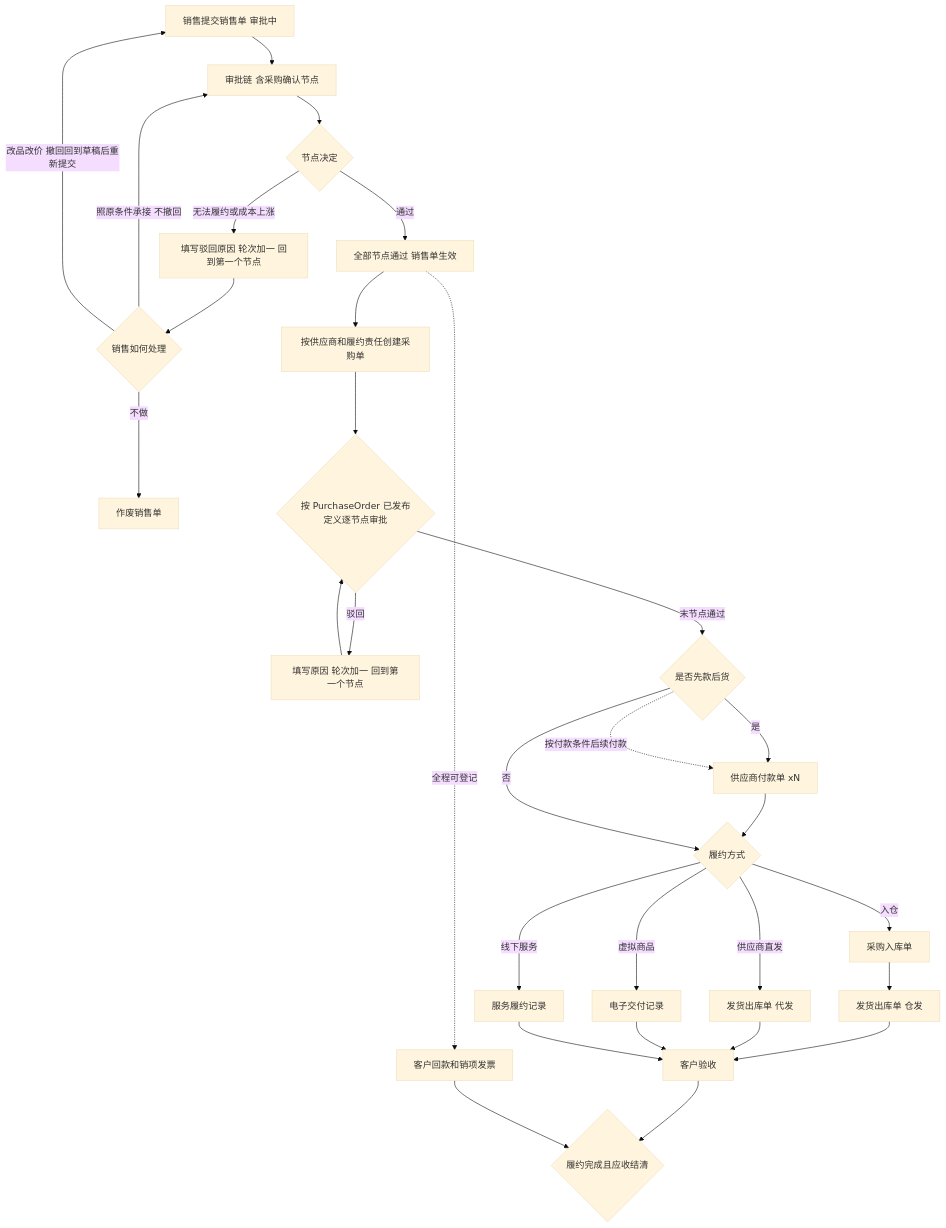
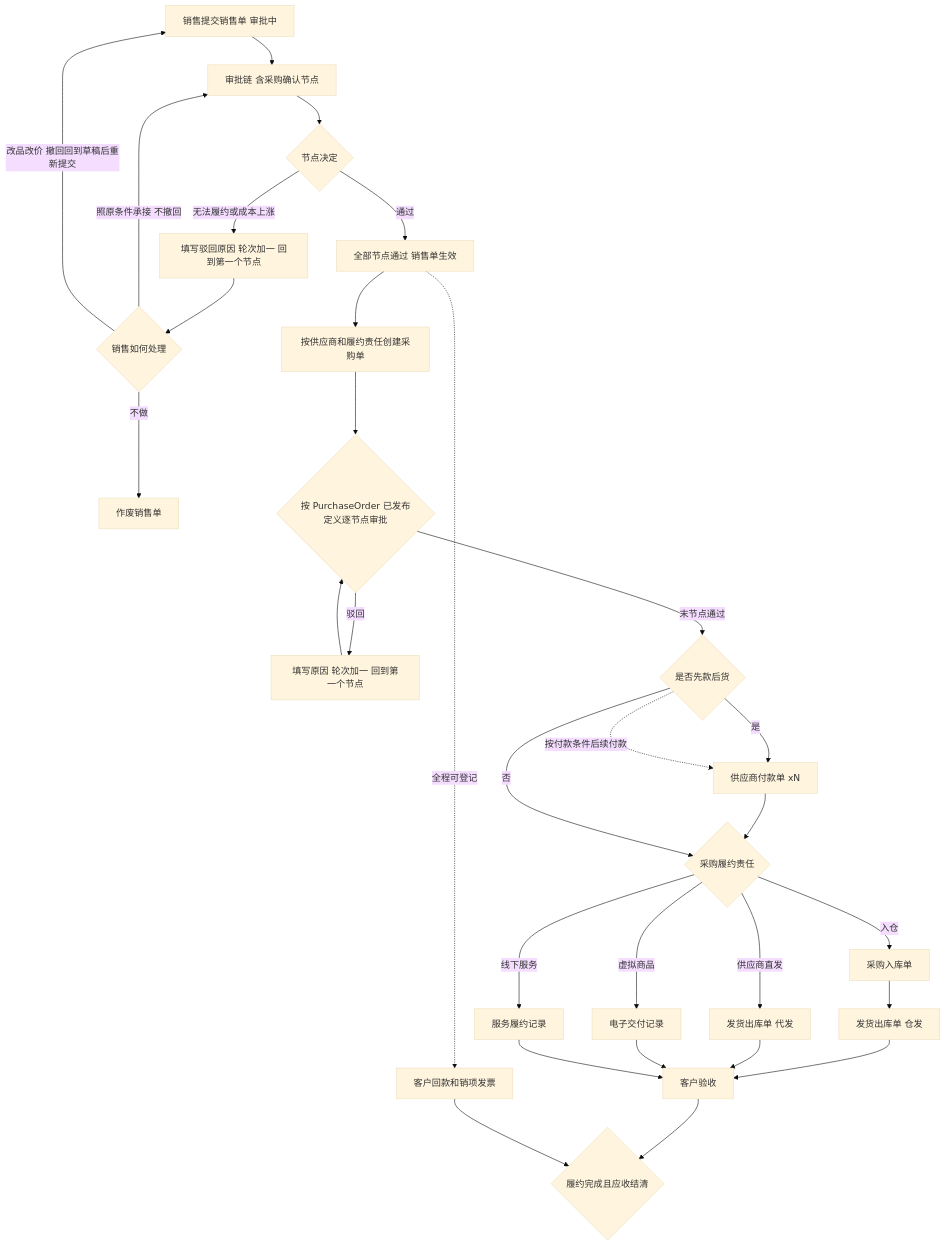
The seventh of 11 diagrams in docs/erp-phase-1.md (mztlive/erp), drawn with Mermaid (base theme) before and after one commit. The commit also changed other lines of this file and 53 other files, not shown here.

````diff
--- a/docs/erp-phase-1.md
+++ b/docs/erp-phase-1.md
@@ -622,54 +622,54 @@
 ```mermaid
 flowchart TD
   销售单[销售提交销售单 审批中]
   二次确认[审批链 含采购确认节点]
   确认结果{节点决定}
   驳回[填写驳回原因 轮次加一 回到第一个节点]
   处理{销售如何处理}
   作废[作废销售单]
   生效[全部节点通过 销售单生效]
   采购单[按供应商和履约责任创建采购单]
   采购审批{按 PurchaseOrder 已发布定义逐节点审批}
   驳回采购[填写原因 轮次加一 回到第一个节点]
   条件{是否先款后货}
   付款[供应商付款单 xN]
-  履约{履约方式}
+  履约{采购履约责任}
   入库[采购入库单]
   仓发[发货出库单 仓发]
   代发[发货出库单 代发]
   电子[电子交付记录]
   服务[服务履约记录]
   验收[客户验收]
   客户票款[客户回款和销项发票]
   关闭{履约完成且应收结清}
 
   销售单 --> 二次确认
   二次确认 --> 确认结果
   确认结果 -->|通过| 生效
   生效 --> 采购单
   确认结果 -->|无法履约或成本上涨| 驳回
   驳回 --> 处理
   处理 -->|照原条件承接 不撤回| 二次确认
   处理 -->|改品改价 撤回回到草稿后重新提交| 销售单
   处理 -->|不做| 作废
   采购单 --> 采购审批
   采购审批 -->|驳回| 驳回采购
   驳回采购 --> 采购审批
   采购审批 -->|末节点通过| 条件
   条件 -->|是| 付款
   付款 --> 履约
   条件 -->|否| 履约
   条件 -.->|按付款条件后续付款| 付款
   履约 -->|入仓| 入库
   入库 --> 仓发
   履约 -->|供应商直发| 代发
   履约 -->|虚拟商品| 电子
   履约 -->|线下服务| 服务
   仓发 --> 验收
   代发 --> 验收
   电子 --> 验收
   服务 --> 验收
   生效 -.->|全程可登记| 客户票款
   验收 --> 关闭
   客户票款 --> 关闭
 ```
````
